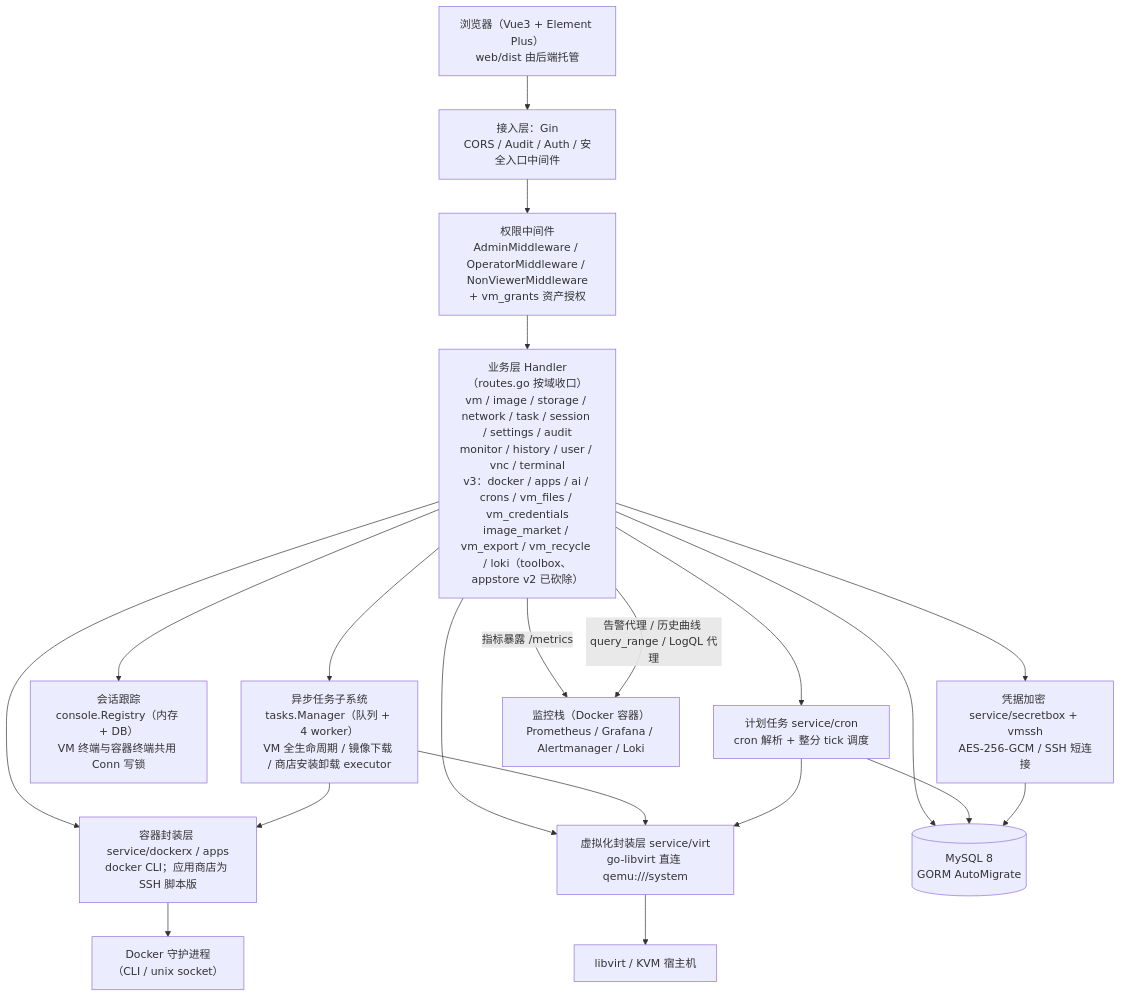
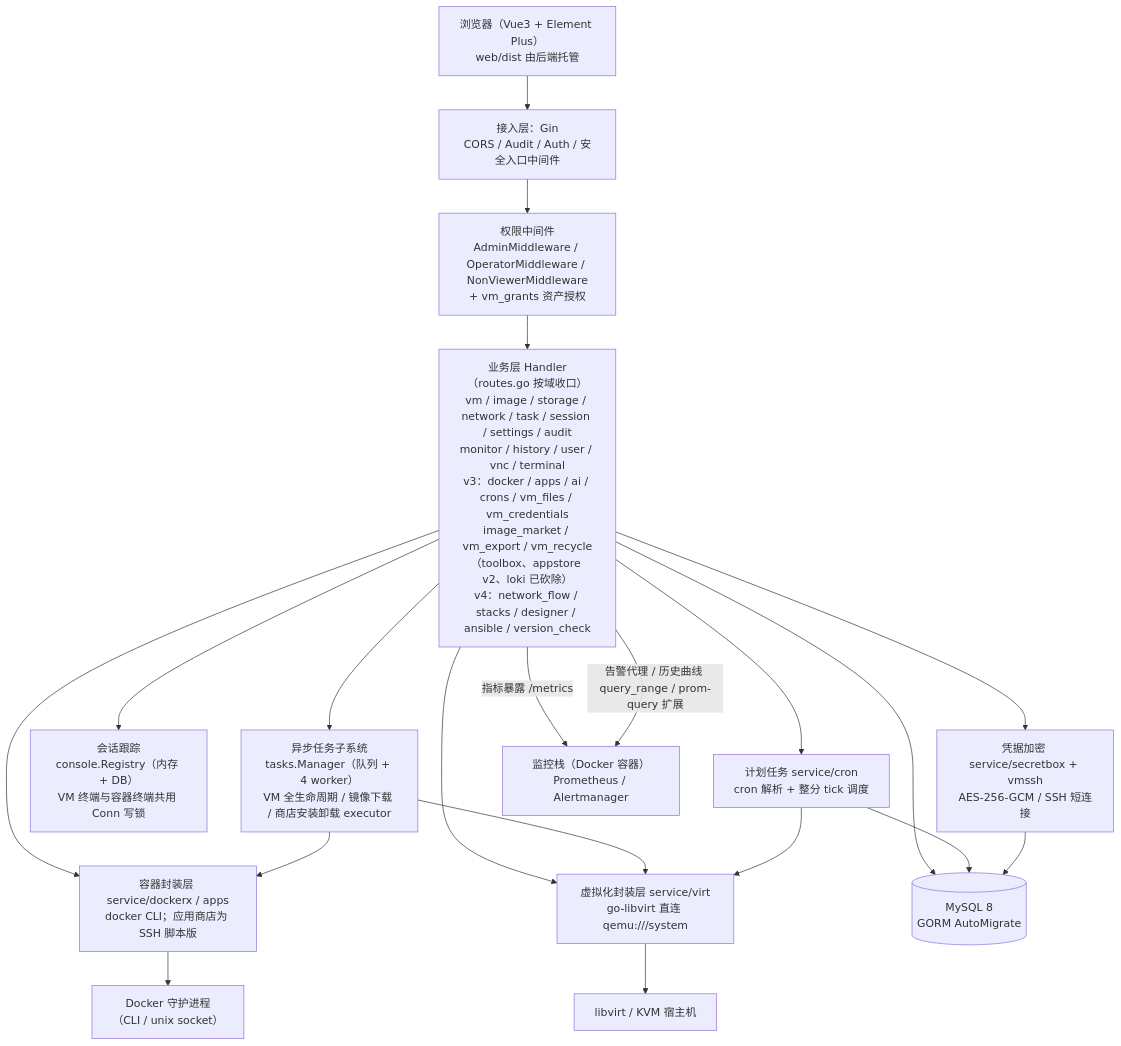
One commit to jiuzhao996/virtkite changed the first of 2 diagrams in docs/03-系统总体设计.md. Above: the diagram before and after it, drawn with Mermaid. The commit also changed other lines of this file and 18 other files, not shown here.

````diff
--- a/docs/03-系统总体设计.md
+++ b/docs/03-系统总体设计.md
@@ -20,35 +20,35 @@
 ```mermaid
 flowchart TB
     Browser["浏览器（Vue3 + Element Plus）<br/>web/dist 由后端托管"]
     Gin["接入层：Gin<br/>CORS / Audit / Auth / 安全入口中间件"]
     RBAC["权限中间件<br/>AdminMiddleware / OperatorMiddleware / NonViewerMiddleware<br/>+ vm_grants 资产授权"]
-    Handler["业务层 Handler（routes.go 按域收口）<br/>vm / image / storage / network / task / session / settings / audit<br/>monitor / history / user / vnc / terminal<br/>v3：docker / apps / ai / crons / vm_files / vm_credentials<br/>image_market / vm_export / vm_recycle / loki（toolbox、appstore v2 已砍除）"]
+    Handler["业务层 Handler（routes.go 按域收口）<br/>vm / image / storage / network / task / session / settings / audit<br/>monitor / history / user / vnc / terminal<br/>v3：docker / apps / ai / crons / vm_files / vm_credentials<br/>image_market / vm_export / vm_recycle（toolbox、appstore v2、loki 已砍除）<br/>v4：network_flow / stacks / designer / ansible / version_check"]
     Tasks["异步任务子系统<br/>tasks.Manager（队列 + 4 worker）<br/>VM 全生命周期 / 镜像下载 / 商店安装卸载 executor"]
     SessReg["会话跟踪<br/>console.Registry（内存 + DB）<br/>VM 终端与容器终端共用 Conn 写锁"]
     Virt["虚拟化封装层 service/virt<br/>go-libvirt 直连 qemu:///system"]
     Dockerx["容器封装层 service/dockerx / apps<br/>docker CLI；应用商店为 SSH 脚本版"]
     Cron["计划任务 service/cron<br/>cron 解析 + 整分 tick 调度"]
     Secret["凭据加密 service/secretbox + vmssh<br/>AES-256-GCM / SSH 短连接"]
     DB[("MySQL 8<br/>GORM AutoMigrate")]
     LV["libvirt / KVM 宿主机"]
     DK["Docker 守护进程<br/>（CLI / unix socket）"]
-    Mon["监控栈（Docker 容器）<br/>Prometheus / Grafana / Alertmanager / Loki"]
+    Mon["监控栈（Docker 容器）<br/>Prometheus / Alertmanager"]
     Handler -->|"指标暴露 /metrics"| Mon
-    Handler -->|"告警代理 / 历史曲线 query_range / LogQL 代理"| Mon
+    Handler -->|"告警代理 / 历史曲线 query_range / prom-query 扩展"| Mon
 
     Browser --> Gin --> RBAC --> Handler
     Handler --> Tasks
     Handler --> SessReg
     Handler --> Virt
     Handler --> Dockerx
     Handler --> Cron
     Handler --> Secret
     Handler --> DB
     Tasks --> Virt
     Tasks --> Dockerx
     Cron --> Virt
     Cron --> DB
     Secret --> DB
     Virt --> LV
     Dockerx --> DK
 ```
````
